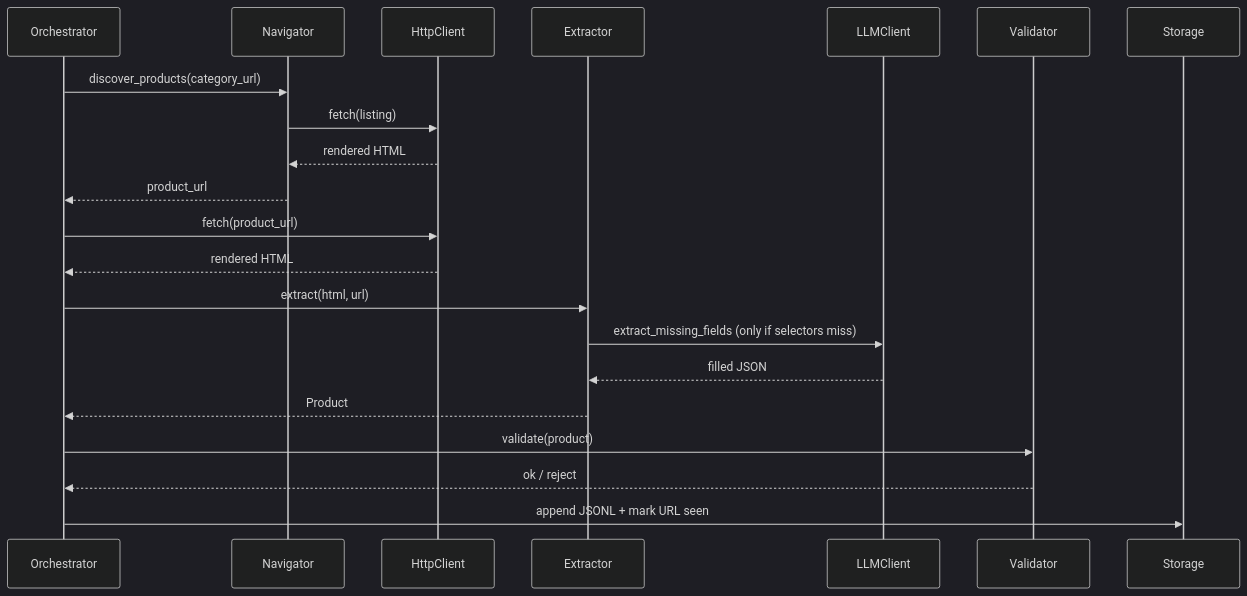
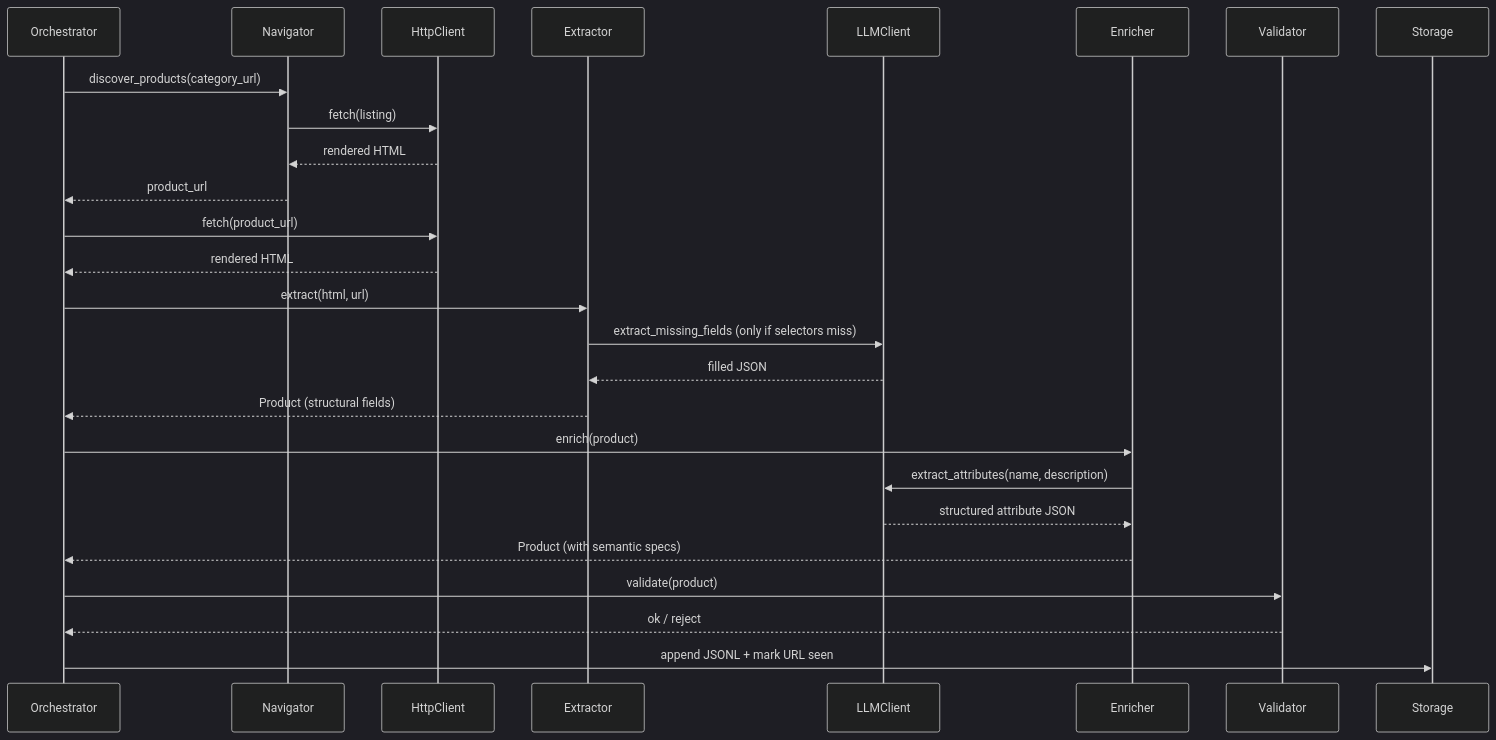
One commit to C0k11/frontier-dental-assessment changed the second of 3 diagrams in README.md. Above: the diagram before and after it, drawn with Mermaid (dark theme). The commit also changed other lines of this file and 9 other files, not shown here.

Commit message:
Add EnricherAgent for LLM-powered attribute extraction

````diff
--- a/README.md
+++ b/README.md
@@ -45,18 +67,23 @@
 ```mermaid
 sequenceDiagram
     Orchestrator ->> Navigator: discover_products(category_url)
     Navigator ->> HttpClient: fetch(listing)
     HttpClient -->> Navigator: rendered HTML
     Navigator -->> Orchestrator: product_url
 
     Orchestrator ->> HttpClient: fetch(product_url)
     HttpClient -->> Orchestrator: rendered HTML
     Orchestrator ->> Extractor: extract(html, url)
     Extractor ->> LLMClient: extract_missing_fields (only if selectors miss)
     LLMClient -->> Extractor: filled JSON
-    Extractor -->> Orchestrator: Product
+    Extractor -->> Orchestrator: Product (structural fields)
+
+    Orchestrator ->> Enricher: enrich(product)
+    Enricher ->> LLMClient: extract_attributes(name, description)
+    LLMClient -->> Enricher: structured attribute JSON
+    Enricher -->> Orchestrator: Product (with semantic specs)
 
     Orchestrator ->> Validator: validate(product)
     Validator -->> Orchestrator: ok / reject
     Orchestrator ->> Storage: append JSONL + mark URL seen
 ```
````
